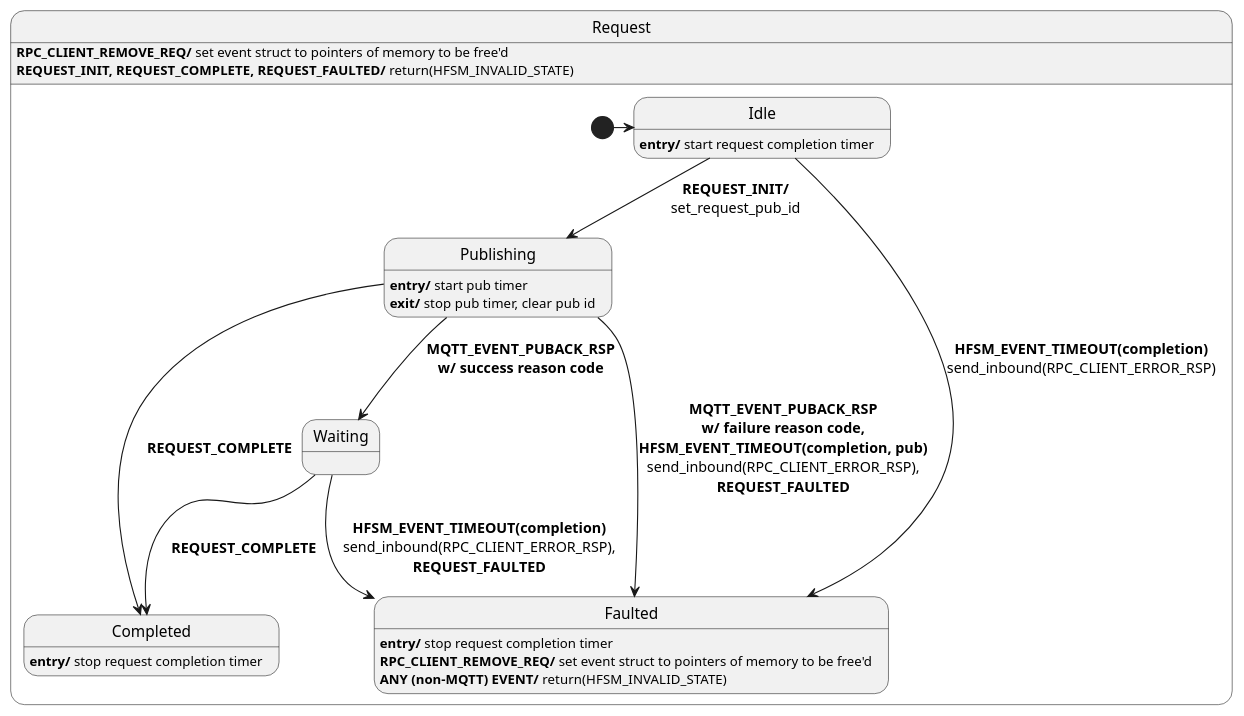
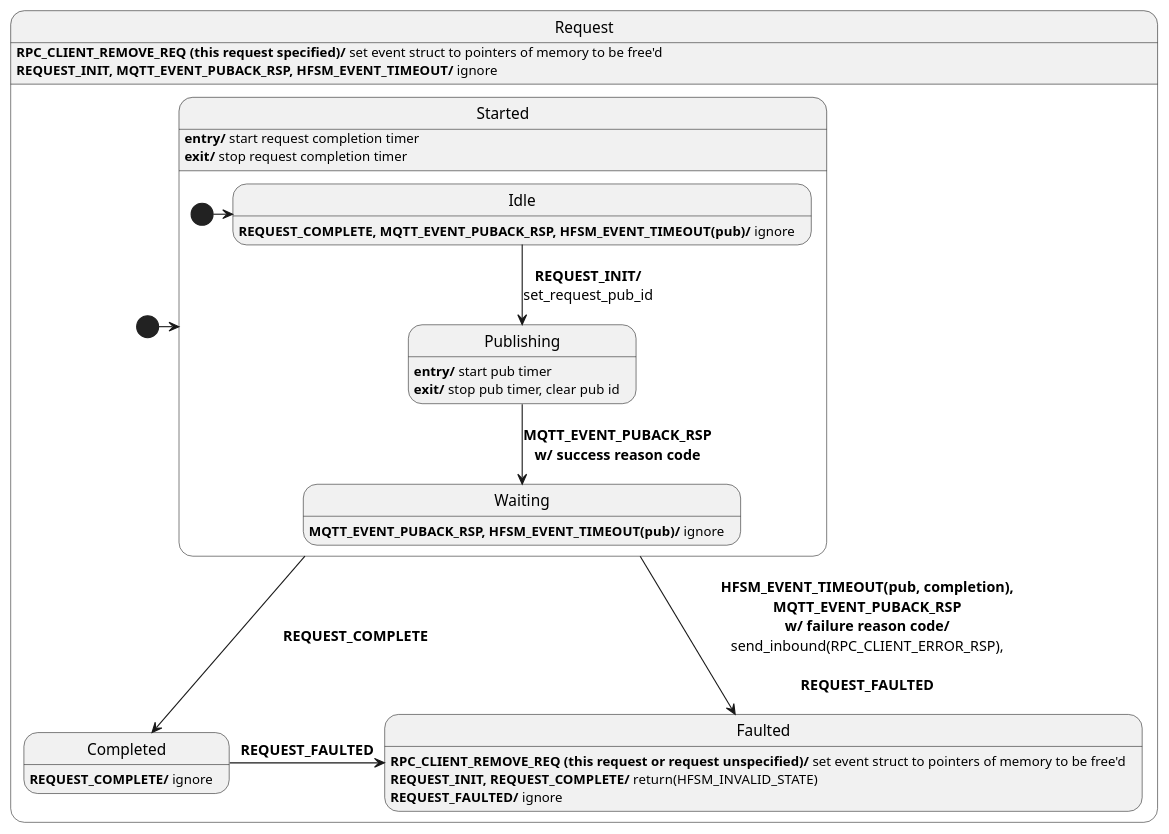
The diagram in sdk/docs/core/resources/mqtt_request.puml (Azure/azure-sdk-for-c), drawn with PlantUML before and after one commit. The commit also changed 1 other file, not shown here.

Commit message:
add started state to mqtt request hfsm to simplify common event handling

```diff
--- a/sdk/docs/core/resources/mqtt_request.puml
+++ b/sdk/docs/core/resources/mqtt_request.puml
@@ -1,39 +1,44 @@
 @startuml
-' ignore these as handled outside of this diagram: MQTT_EVENT_CONNECT_REQ, MQTT_EVENT_CONNECT_RSP, MQTT_EVENT_DISCONNECT_REQ, MQTT_EVENT_DISCONNECT_RSP
+' ignore these as handled outside of this diagram: MQTT_EVENT_CONNECT_REQ, MQTT_EVENT_CONNECT_RSP, MQTT_EVENT_DISCONNECT_REQ,
+' MQTT_EVENT_DISCONNECT_RSP, MQTT5_EVENT_SUBACK_RSP, MQTT5_EVENT_UNSUBACK_RSP, and MQTT5_EVENT_PUB_RECV_IND
 ' Assumptions:
 ' 0. Unknown events are forwarded (in their original direction, either inbound or outbound).
 ' 1. send_inbound, send_outbound are used to send information to the app and network respectively.
 ' 2. All events check that they are for this request or have the correct pub id before processing them.
 ' 3. Events are handled at the root state only if they aren't handled in a substate.
 
+state Request {
+  state Started {
+    state Idle
+    Idle : <b>REQUEST_COMPLETE, MQTT_EVENT_PUBACK_RSP, HFSM_EVENT_TIMEOUT(pub)/</b> ignore
 
-state Request {
-  state Idle
-  Idle: <b>entry/</b> start request completion timer
+    state Publishing
+    Publishing : <b>entry/</b> start pub timer
+    Publishing : <b>exit/</b> stop pub timer, clear pub id
 
-  state Publishing
-  Publishing : <b>entry/</b> start pub timer
-  Publishing : <b>exit/</b> stop pub timer, clear pub id
+    state Waiting
+    Waiting : <b>MQTT_EVENT_PUBACK_RSP, HFSM_EVENT_TIMEOUT(pub)/</b> ignore
+    
+    [*] -> Idle
+    Idle --> Publishing : <b>REQUEST_INIT/</b>\nset_request_pub_id
+    Publishing --> Waiting : <b>MQTT_EVENT_PUBACK_RSP</b>\n<b>w/ success reason code</b>
+  }
+  Started : <b>entry/</b> start request completion timer
+  Started : <b>exit/</b> stop request completion timer
 
-  state Waiting
   state Completed
-  Completed : <b>entry/</b> stop request completion timer
+  Completed : <b>REQUEST_COMPLETE/</b> ignore
+  
   state Faulted
-  Faulted : <b>entry/</b> stop request completion timer
-  Faulted : <b>RPC_CLIENT_REMOVE_REQ/</b> set event struct to pointers of memory to be free'd
-  Faulted : <b>ANY (non-MQTT) EVENT/</b> return(HFSM_INVALID_STATE)
+  Faulted : <b>RPC_CLIENT_REMOVE_REQ (this request or request unspecified)/</b> set event struct to pointers of memory to be free'd
+  Faulted : <b>REQUEST_INIT, REQUEST_COMPLETE/</b> return(HFSM_INVALID_STATE)
+  Faulted : <b>REQUEST_FAULTED/</b> ignore
 
-  [*] -> Idle
-  Idle --> Publishing : <b>REQUEST_INIT/</b>\nset_request_pub_id
-  Publishing --> Waiting : <b>MQTT_EVENT_PUBACK_RSP</b>\n<b>w/ success reason code</b>
-  Publishing --> Completed : <b>REQUEST_COMPLETE</b>
-  Publishing --> Faulted : <b>MQTT_EVENT_PUBACK_RSP</b>\n<b>w/ failure reason code,</b>\n<b>HFSM_EVENT_TIMEOUT(completion, pub)</b>\nsend_inbound(RPC_CLIENT_ERROR_RSP),\n<b>REQUEST_FAULTED</b>
-  Waiting --> Completed : <b>REQUEST_COMPLETE</b>
-  Waiting --> Faulted : <b>HFSM_EVENT_TIMEOUT(completion)</b>\nsend_inbound(RPC_CLIENT_ERROR_RSP),\n<b>REQUEST_FAULTED</b>
-  Idle --> Faulted : <b>HFSM_EVENT_TIMEOUT(completion)</b>\nsend_inbound(RPC_CLIENT_ERROR_RSP)
-
+  [*] -> Started
+  Started --> Faulted : <b>HFSM_EVENT_TIMEOUT(pub, completion),</b>\n<b>MQTT_EVENT_PUBACK_RSP</b>\n<b>w/ failure reason code/</b>\nsend_inbound(RPC_CLIENT_ERROR_RSP),\n\n<b>REQUEST_FAULTED</b>
+  Completed -> Faulted : <b>REQUEST_FAULTED</b>
+  Started --> Completed : <b>REQUEST_COMPLETE</b>
 }
-Request : <b>RPC_CLIENT_REMOVE_REQ/</b> set event struct to pointers of memory to be free'd
-Request : <b>REQUEST_INIT, REQUEST_COMPLETE, REQUEST_FAULTED/</b> return(HFSM_INVALID_STATE)
-
+Request : <b>RPC_CLIENT_REMOVE_REQ (this request specified)/</b> set event struct to pointers of memory to be free'd
+Request : <b>REQUEST_INIT, MQTT_EVENT_PUBACK_RSP, HFSM_EVENT_TIMEOUT/</b> ignore
 @enduml
```
